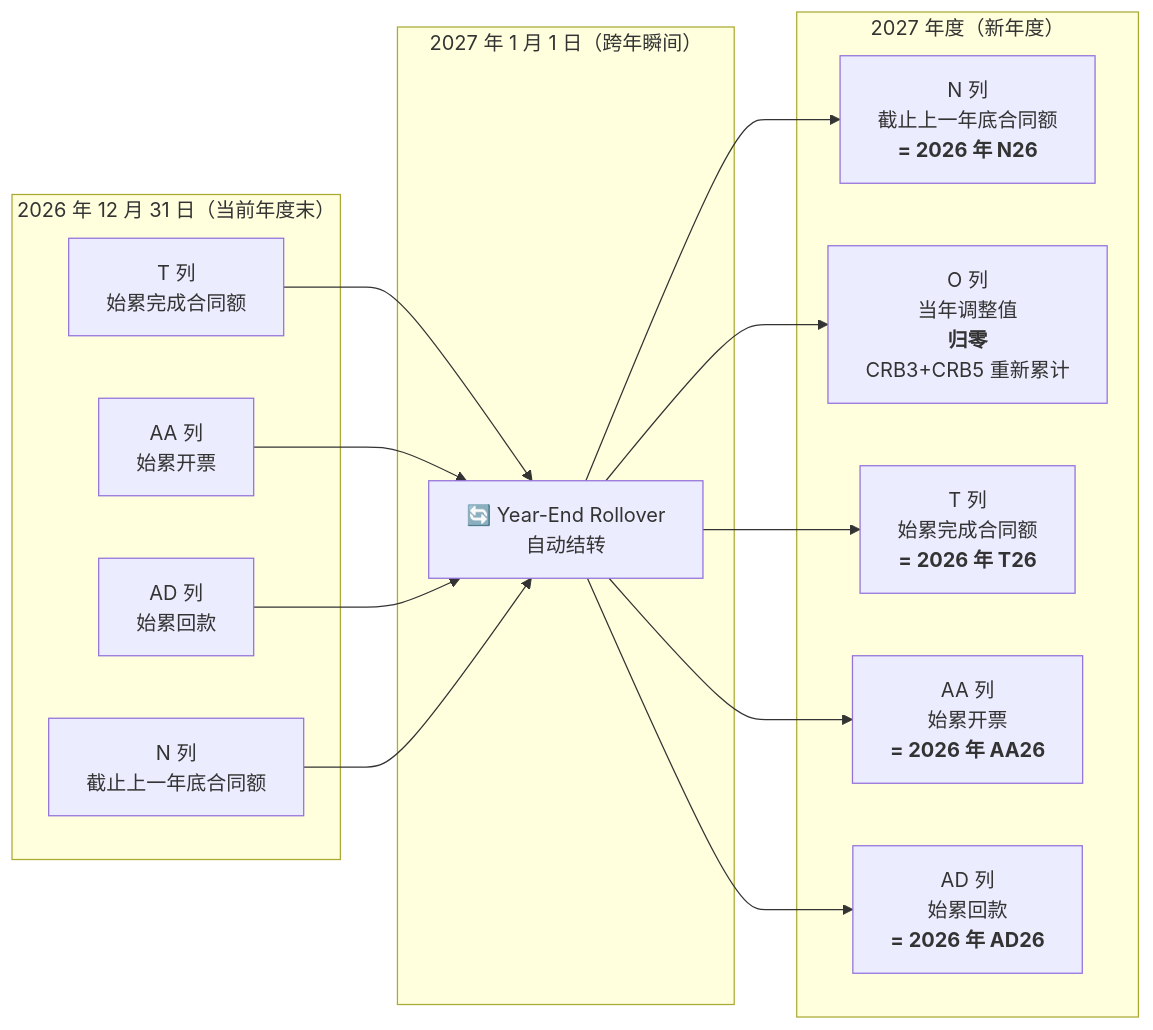
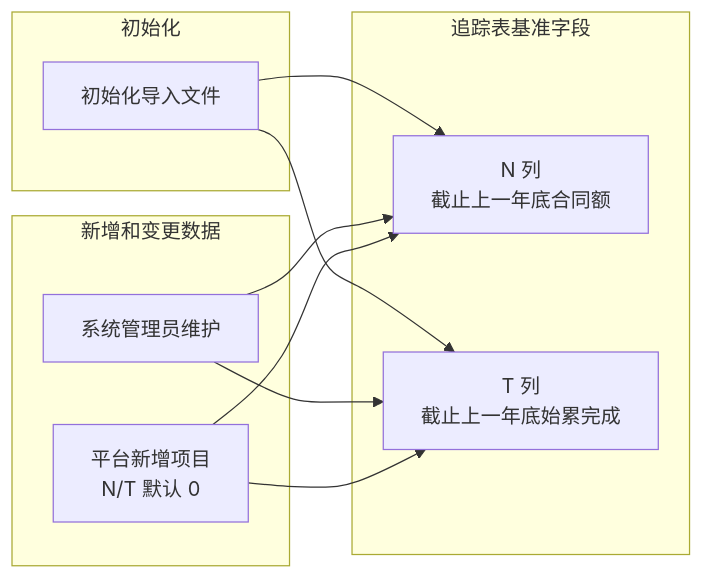
Diagram 13 of 14 in docs/需求文档/需求文档_产品版.md (marcelxu0272/202605_project-tracking-table), drawn with Mermaid before and after one commit. The commit also changed other lines of this file and 20 other files, not shown here.

````diff
--- a/docs/需求文档/需求文档_产品版.md
+++ b/docs/需求文档/需求文档_产品版.md
@@ -1276,32 +1264,25 @@
 ```mermaid
 flowchart LR
-    subgraph "2026 年 12 月 31 日（当前年度末）"
-        T26["T 列<br/>始累完成合同额"]
-        AA26["AA 列<br/>始累开票"]
-        AD26["AD 列<br/>始累回款"]
-        N26["N 列<br/>截止上一年底合同额"]
+    subgraph "初始化"
+        INIT["初始化导入文件"]
+        
+    end
+    
+    subgraph "新增和变更数据"
+        ADMIN["系统管理员维护"]
+		NEW["平台新增项目<br/>N/T 默认 0"]
+        
     end
 
-    subgraph "2027 年 1 月 1 日（跨年瞬间）"
-        ROLLOVER["🔄 Year-End Rollover<br/>自动结转"]
+    subgraph "追踪表基准字段"
+        N["N 列<br/>截止上一年底合同额"]
+        T["T 列<br/>截止上一年底始累完成"]
     end
 
-    subgraph "2027 年度（新年度）"
-        N27["N 列<br/>截止上一年底合同额<br/><b>= 2026 年 N26</b>"]
-        O27["O 列<br/>当年调整值<br/><b>归零</b><br/>CRB3+CRB5 重新累计"]
-        T27["T 列<br/>始累完成合同额<br/><b>= 2026 年 T26</b>"]
-        AA27["AA 列<br/>始累开票<br/><b>= 2026 年 AA26</b>"]
-        AD27["AD 列<br/>始累回款<br/><b>= 2026 年 AD26</b>"]
-    end
-
-    T26 --> ROLLOVER
-    AA26 --> ROLLOVER
-    AD26 --> ROLLOVER
-    N26 --> ROLLOVER
-
-    ROLLOVER --> N27
-    ROLLOVER --> O27
-    ROLLOVER --> T27
-    ROLLOVER --> AA27
-    ROLLOVER --> AD27
+    INIT --> N
+    INIT --> T
+    ADMIN --> N
+    ADMIN --> T
+    NEW --> N
+    NEW --> T
 ```
````
